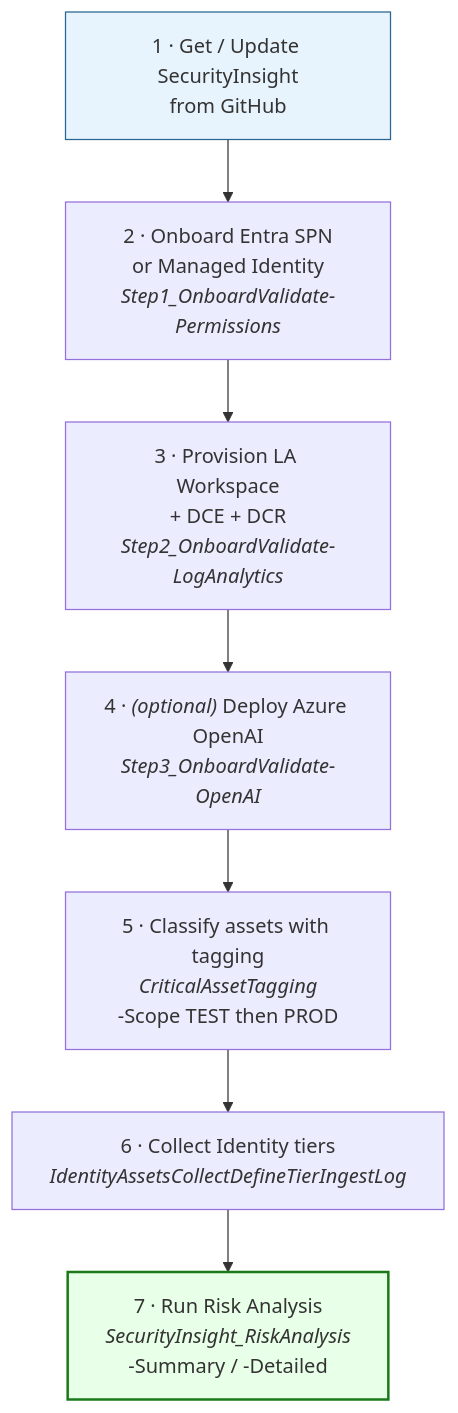
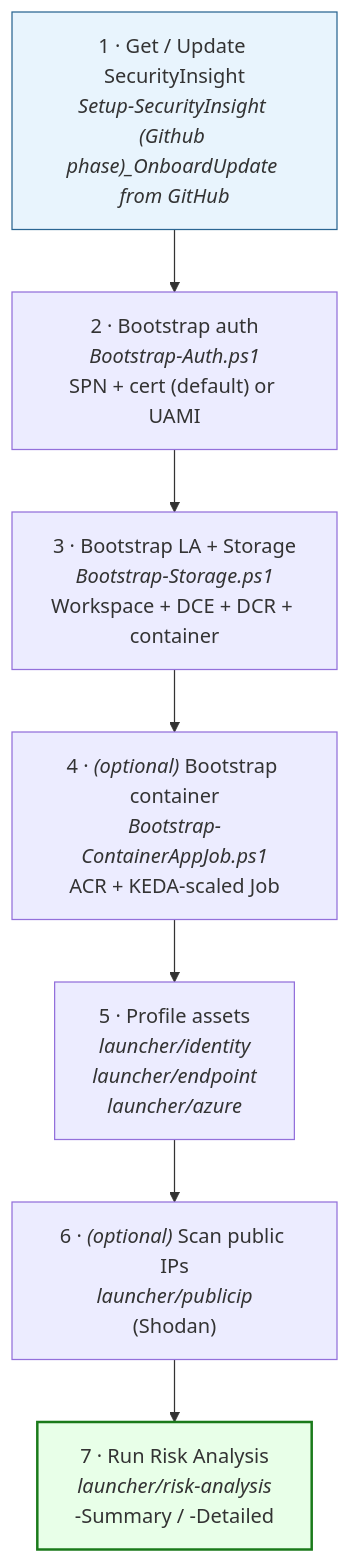
Before and after one commit to KnudsenMorten/SecurityInsight: the fifth of 11 diagrams in README.md, drawn with Mermaid. The commit also changed other lines of this file and 1542 other files, not shown here.

Commit message:
Publish SecurityInsight@2.2.0 from upstream monorepo

````diff
--- a/README.md
+++ b/README.md
@@ -420,11 +716,11 @@
 ```mermaid
 flowchart TD
-    S1["1 · Get / Update SecurityInsight<br/>from GitHub"] --> S2["2 · Onboard Entra SPN<br/>or Managed Identity<br/><i>Step1_OnboardValidate-Permissions</i>"]
-    S2 --> S3["3 · Provision LA Workspace<br/>+ DCE + DCR<br/><i>Step2_OnboardValidate-LogAnalytics</i>"]
-    S3 --> S4["4 · <i>(optional)</i> Deploy Azure OpenAI<br/><i>Step3_OnboardValidate-OpenAI</i>"]
-    S4 --> S5["5 · Classify assets with tagging<br/><i>CriticalAssetTagging</i><br/>-Scope TEST then PROD"]
-    S5 --> S6["6 · Collect Identity tiers<br/><i>IdentityAssetsCollectDefineTierIngestLog</i>"]
-    S6 --> S7["7 · Run Risk Analysis<br/><i>SecurityInsight_RiskAnalysis</i><br/>-Summary / -Detailed"]
+    S1["1 · Get / Update SecurityInsight<br/><i>Setup-SecurityInsight (Github phase)_OnboardUpdate from GitHub</i>"] --> S2["2 · Bootstrap auth<br/><i>Bootstrap-Auth.ps1</i><br/>SPN + cert (default) or UAMI"]
+    S2 --> S3["3 · Bootstrap LA + Storage<br/><i>Bootstrap-Storage.ps1</i><br/>Workspace + DCE + DCR + container"]
+    S3 --> S4["4 · <i>(optional)</i> Bootstrap container<br/><i>Bootstrap-ContainerAppJob.ps1</i><br/>ACR + KEDA-scaled Job"]
+    S4 --> S5["5 · Profile assets<br/><i>launcher/identity</i><br/><i>launcher/endpoint</i><br/><i>launcher/azure</i>"]
+    S5 --> S6["6 · <i>(optional)</i> Scan public IPs<br/><i>launcher/publicip</i><br/>(Shodan)"]
+    S6 --> S7["7 · Run Risk Analysis<br/><i>launcher/risk-analysis</i><br/>-Summary / -Detailed"]
     style S1 fill:#e8f4fd,stroke:#2a6592
     style S7 fill:#e8ffe8,stroke:#1a7a1a,stroke-width:2px
 ```
````
